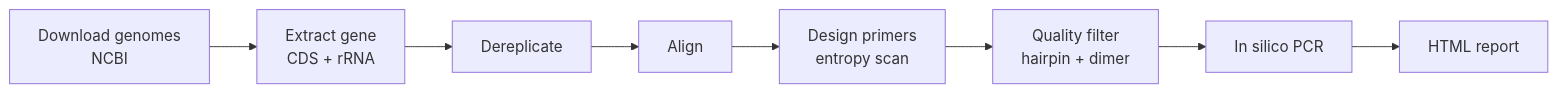
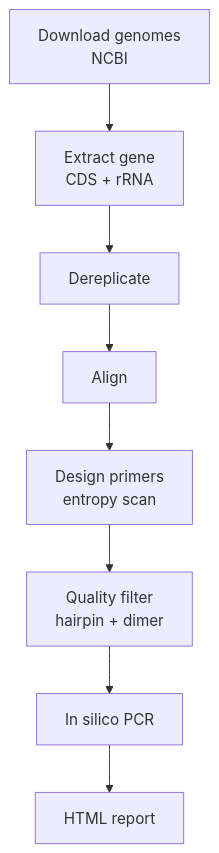
Before and after one commit to Xinming9606/AmPrime: the diagram in README.md, drawn with Mermaid. The commit also changed other lines of this file and 4 other files, not shown here.

````diff
--- a/README.md
+++ b/README.md
@@ -29,10 +29,10 @@
 ```mermaid
-flowchart LR
+flowchart TD
     A[Download genomes<br/>NCBI] --> B[Extract gene<br/>CDS + rRNA]
     B --> C[Dereplicate]
     C --> D[Align]
     D --> E[Design primers<br/>entropy scan]
     E --> F[Quality filter<br/>hairpin + dimer]
     F --> G[In silico PCR]
     G --> H[HTML report]
 ```
````
